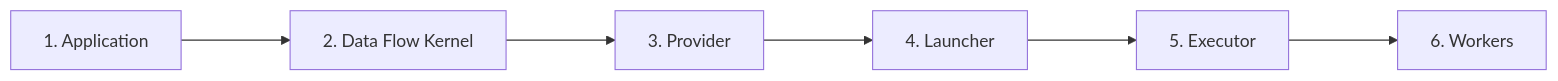
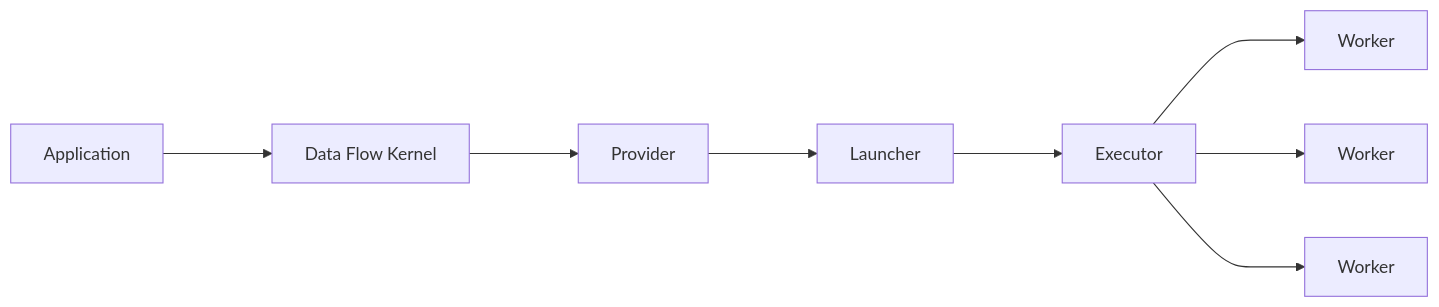
Before and after one commit to Trujillo-Group/trujillo_group_resources: the diagram in resources/workflows/README.md, drawn with Mermaid. The commit also changed other lines of this file, not shown here.

Commit message:
Edited Parsl workflow

````diff
--- a/resources/workflows/README.md
+++ b/resources/workflows/README.md
@@ -39,8 +39,10 @@
 ```mermaid
 flowchart LR
-    A[1. Application] ---> B[2. Data Flow Kernel]
-    B ---> C[3. Provider]
-    C ---> D[4. Launcher]
-    D ---> E[5. Executor]
-    E ---> F[6. Workers]
+    A[Application] ---> B[Data Flow Kernel]
+    B ---> C[Provider]
+    C ---> D[Launcher]
+    D ---> E[Executor]
+    E ---> F[Worker]
+    E ---> G[Worker]
+    E ---> H[Worker]
 ```
````
